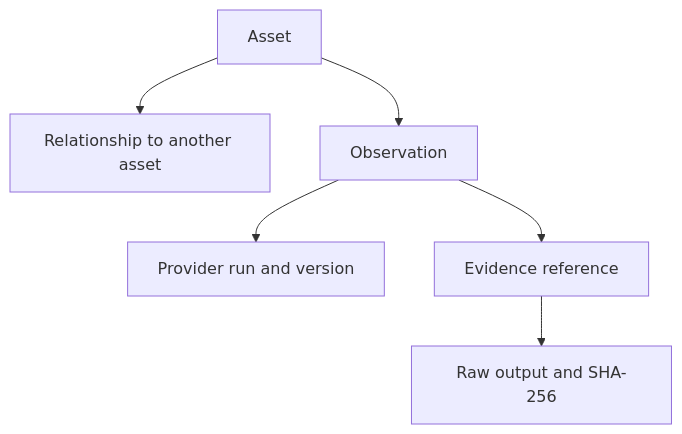
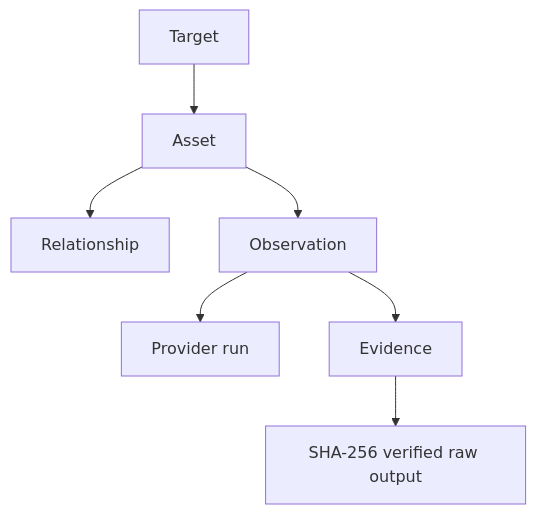
Before and after one commit to doctordoomies/MACSPLOIT: the first of 2 diagrams in README.md, drawn with Mermaid. The commit also changed other lines of this file, not shown here.

````diff
--- a/README.md
+++ b/README.md
@@ -126,8 +132,9 @@
 ```mermaid
 flowchart TD
-    A[Asset] --> R[Relationship to another asset]
+    T[Target] --> A[Asset]
+    A --> R[Relationship]
     A --> O[Observation]
-    O --> P[Provider run and version]
-    O --> E[Evidence reference]
-    E --> H[Raw output and SHA-256]
+    O --> P[Provider run]
+    O --> E[Evidence]
+    E --> H[SHA-256 verified raw output]
 ```
````
